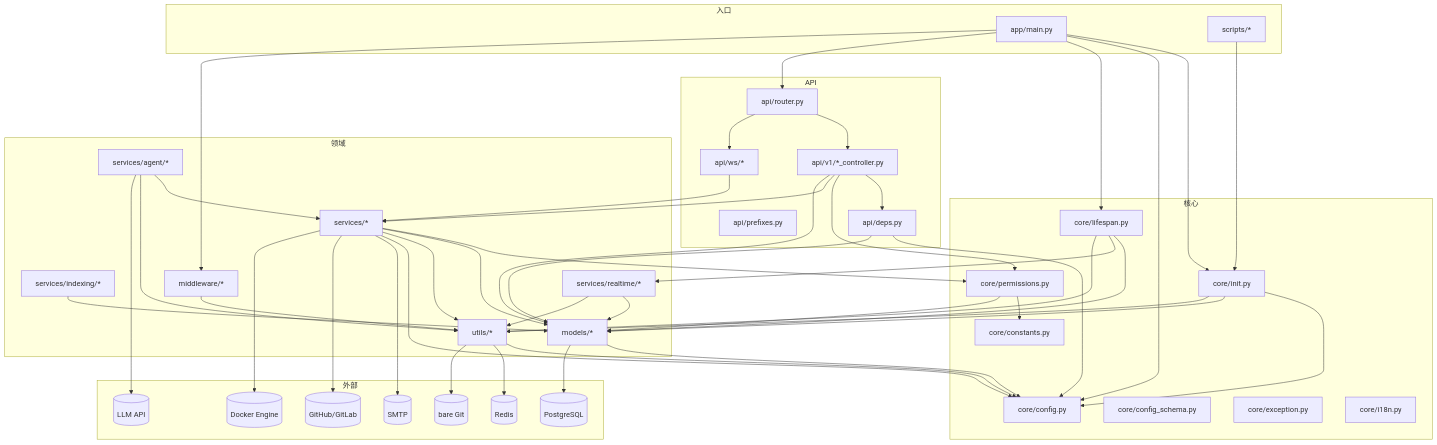
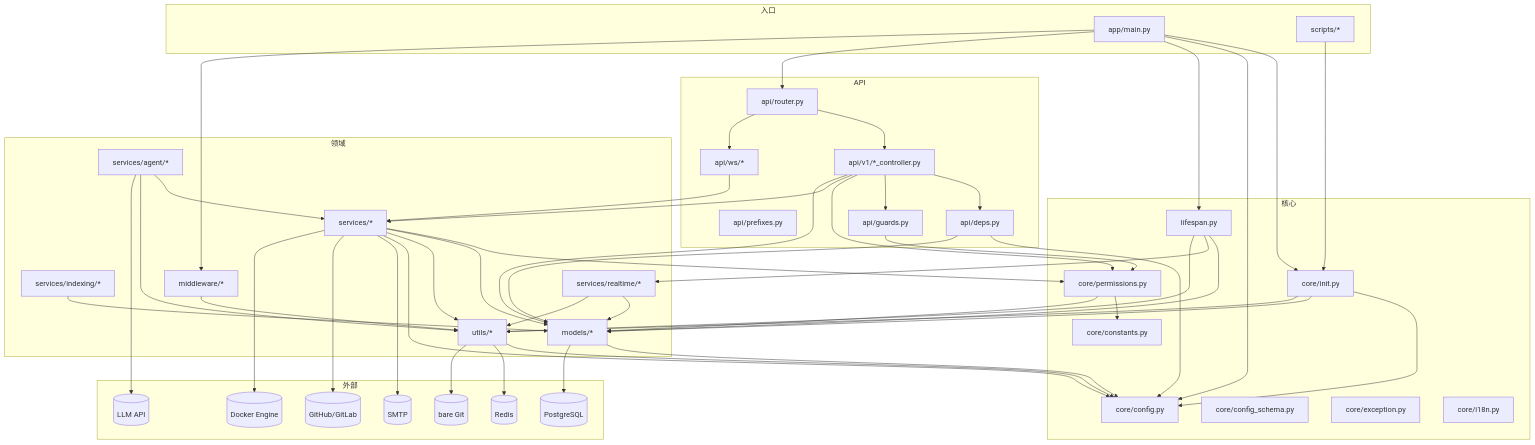
Before and after one commit to Moribund233/Kustos: the diagram in docs/code-wiki/13-dependencies.md, drawn with Mermaid. The commit also changed other lines of this file and 100 other files, not shown here.

```diff
--- a/docs/code-wiki/13-dependencies.md
+++ b/docs/code-wiki/13-dependencies.md
@@ -17,13 +17,14 @@
         PREFIX[api/prefixes.py]
         CTRL[api/v1/*_controller.py]
         DEPS[api/deps.py]
+        GUARDS[api/guards.py]
         WS[api/ws/*]
     end
     subgraph 核心
         INIT[core/init.py]
         CONFIG[core/config.py]
         SCHEMA[core/config_schema.py]
-        LIFE[core/lifespan.py]
+        LIFE[lifespan.py]
         PERM[core/permissions.py]
         EXC[core/exception.py]
         I18N[core/i18n.py]
@@ -57,9 +58,11 @@
     ROUTER --> CTRL
     ROUTER --> WS
     CTRL --> DEPS
+    CTRL --> GUARDS
     CTRL --> PERM
     CTRL --> SVC
     CTRL --> MODELS
+    GUARDS --> PERM
     WS --> SVC
     DEPS --> CONFIG
     DEPS --> MODELS
```
